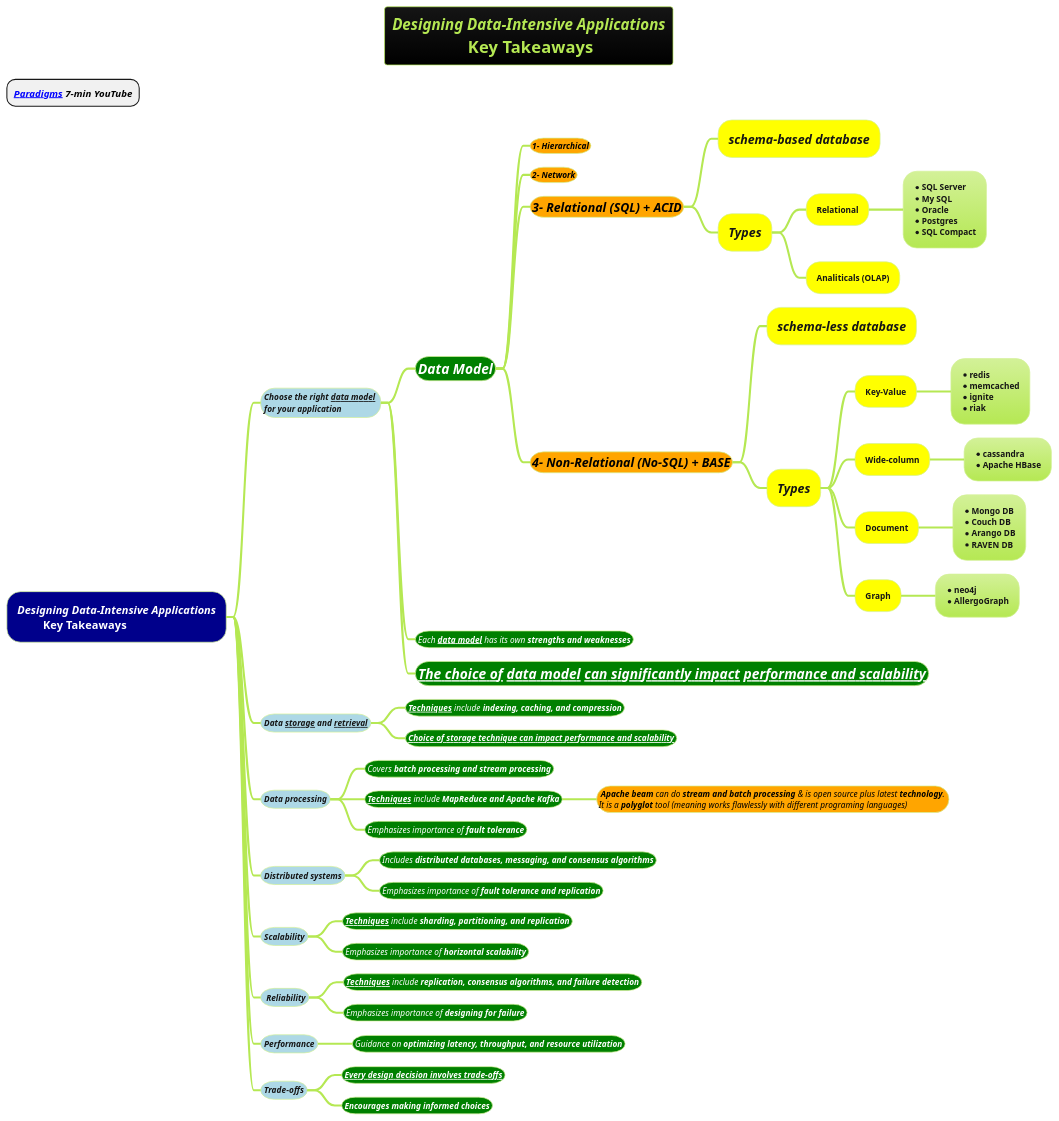
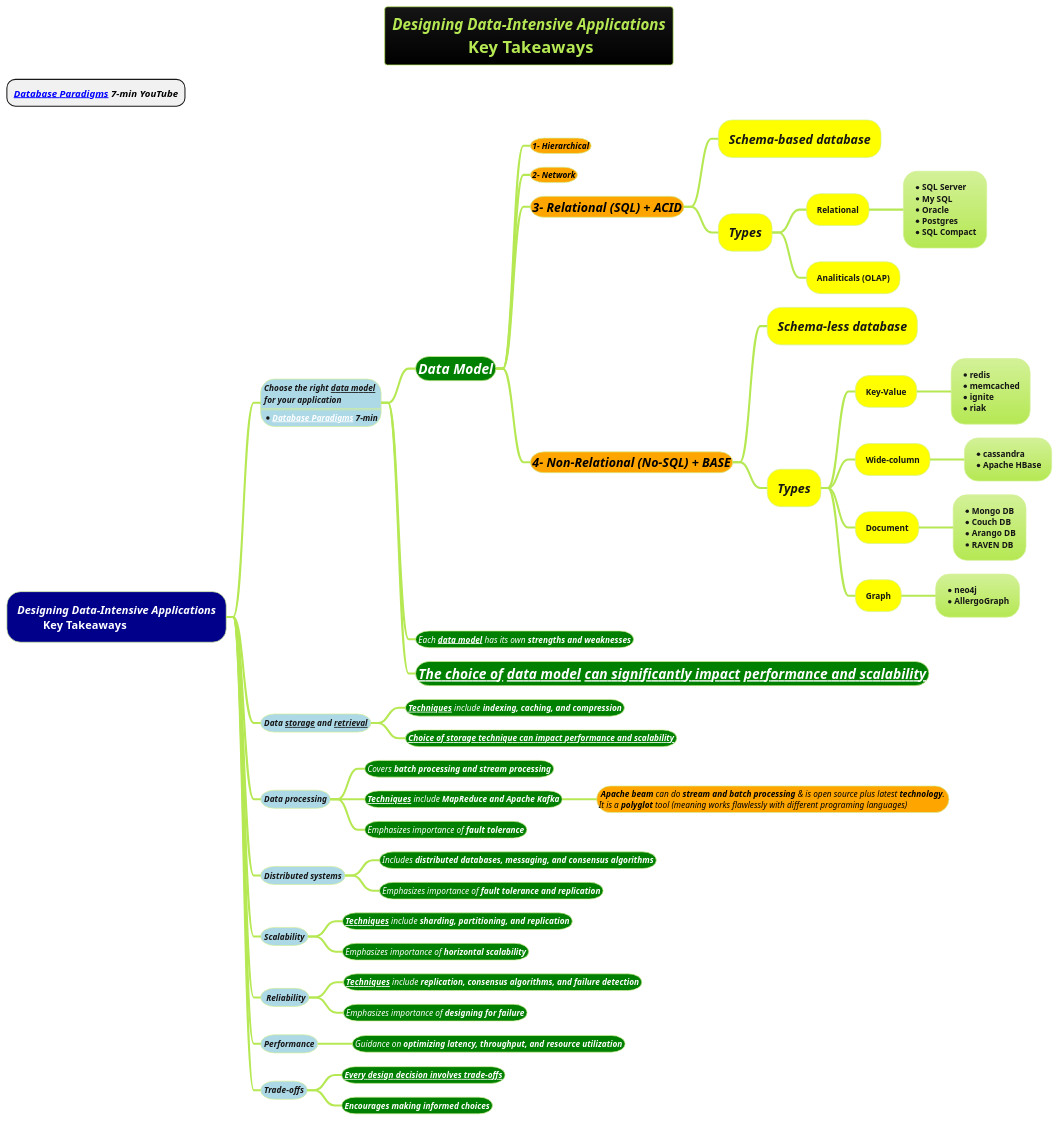
Before and after one commit to MehmoodHashmi/Documentation-as-Code-DaC: the diagram in docs/books/1-books-backlog/DBMS/Designing-Data-Intensive-Applications.puml, drawn with PlantUML. The commit also changed 2 other files, not shown here.

```diff
--- a/docs/books/1-books-backlog/DBMS/Designing-Data-Intensive-Applications.puml
+++ b/docs/books/1-books-backlog/DBMS/Designing-Data-Intensive-Applications.puml
@@ -1,70 +1,73 @@
 @startmindmap
-* <b><i>[[ Database Paradigms]] 7-min YouTube
+* <b><i>[[https://www.youtube.com/watch?v=W2Z7fbCLSTw&list=LL&index=3 Database Paradigms]] 7-min YouTube
 title  = <i><size:18>Designing Data-Intensive Applications \n <size:24>**Key Takeaways**
 !theme hacker
 
 *[#darkblue] <i><color #white>Designing Data-Intensive Applications\n \t <color #white>Key Takeaways
-**[#lightblue] <size:12><i>**Choose** the right **__data model__** \n<size:12><i>for your **application**
+**[#lightblue]:<size:12><i>Choose the right __data model__
+<size:12><i>for your application
+====
+*<size:12><i>[[https://www.youtube.com/watch?v=W2Z7fbCLSTw&list=LL&index=3 Database Paradigms]] 7-min;
 ***[#green] <size:20><i><color #white><b>Data Model
 ****[#orange] <color #black><size:12><i>**1- Hierarchical**
 ****[#orange] <color #black><size:12><i>**2- Network**
 ****[#orange] <color #black><size:18><i>**3- Relational (SQL) + ACID**
-*****[#yellow] <size:18><i>**schema-based database**
-*****[#yellow] <size:18><i>**Types**
+*****[#yellow] <size:18><i><b>Schema-based database
+*****[#yellow] <size:18><i><b>Types
 ******[#yellow]  **Relational**
 *******:* <b>SQL Server
 * <b>My SQL
 * <b>Oracle
 * <b>Postgres
 * <b>SQL Compact;
 ******[#yellow]  **Analiticals (OLAP)**
 ****[#orange] <color #black><size:18><i>**4- Non-Relational (No-SQL) + BASE**
-*****[#yellow] <size:18><i>**schema-less database**
-*****[#yellow] <size:18><i>**Types**
+*****[#yellow] <size:18><i><b>Schema-less database
+*****[#yellow] <size:18><i><b>Types
 
 ******[#yellow] **Key-Value**
 *******:*<b>redis
 *<b>memcached
 *<b>ignite
 *<b>riak;
 ******[#yellow] **Wide-column**
 *******:*<b>cassandra
 * <b>Apache HBase;
 
 ******[#yellow] **Document**
 *******:* <b>Mongo DB
 * <b>Couch DB
 * <b>Arango DB
 * <b>RAVEN DB;
 
 ******[#yellow] **Graph**
 *******:*<b>neo4j
 *<b>AllergoGraph;
 
 
 ***[#green] <size:12><i><color #white>Each **__data model__** has its own **strengths and weaknesses**
 ***[#green] <size:20><i><color #white>**__The choice of //data model// can significantly impact //performance and scalability//__**
 **[#lightblue] <size:12><i>Data __storage__ and __retrieval__
 ***[#green] <size:12><i><color #white>**__Techniques__** include **indexing, caching, and compression**
 ***[#green] <size:12><i><color #white>__**Choice of storage technique can impact performance and scalability**__
 **[#lightblue] <size:12><i>Data processing
 ***[#green] <size:12><i><color #white>Covers **batch processing and stream processing**
 ***[#green] <size:12><i><color #white>**__Techniques__** include **MapReduce and Apache Kafka**
 ****[#orange] <color #black><size:12><i> **Apache beam** can do **stream and batch processing** & is open source plus latest **technology**. \n<size:12><i><color #black>It is a **polyglot** tool (meaning works flawlessly with different programing languages)
 ***[#green] <size:12><i><color #white>Emphasizes importance of **fault tolerance**
 **[#lightblue] <size:12><i>Distributed systems
 ***[#green] <size:12><i><color #white>Includes **distributed databases, messaging, and consensus algorithms**
 ***[#green] <size:12><i><color #white>Emphasizes importance of **fault tolerance and replication**
 **[#lightblue] <size:12><i>Scalability
 ***[#green] <size:12><i><color #white>**__Techniques__** include **sharding, partitioning, and replication**
 ***[#green] <size:12><i><color #white>Emphasizes importance of **horizontal scalability**
 **[#lightblue] <size:12><i> Reliability
 ***[#green] <size:12><i><color #white>**__Techniques__** include **replication, consensus algorithms, and failure detection**
 ***[#green] <size:12><i><color #white>Emphasizes importance of **designing for failure**
 **[#lightblue] <size:12><i>Performance
 ***[#green] <size:12><i><color #white>Guidance on **optimizing latency, throughput, and resource utilization**
 **[#lightblue] <size:12><i>Trade-offs
 ***[#green] <size:12><i><color #white>**__Every design decision involves trade-offs__**
 ***[#green] <size:12><i><color #white>**Encourages making informed choices**
 
 @endmindmap
```
